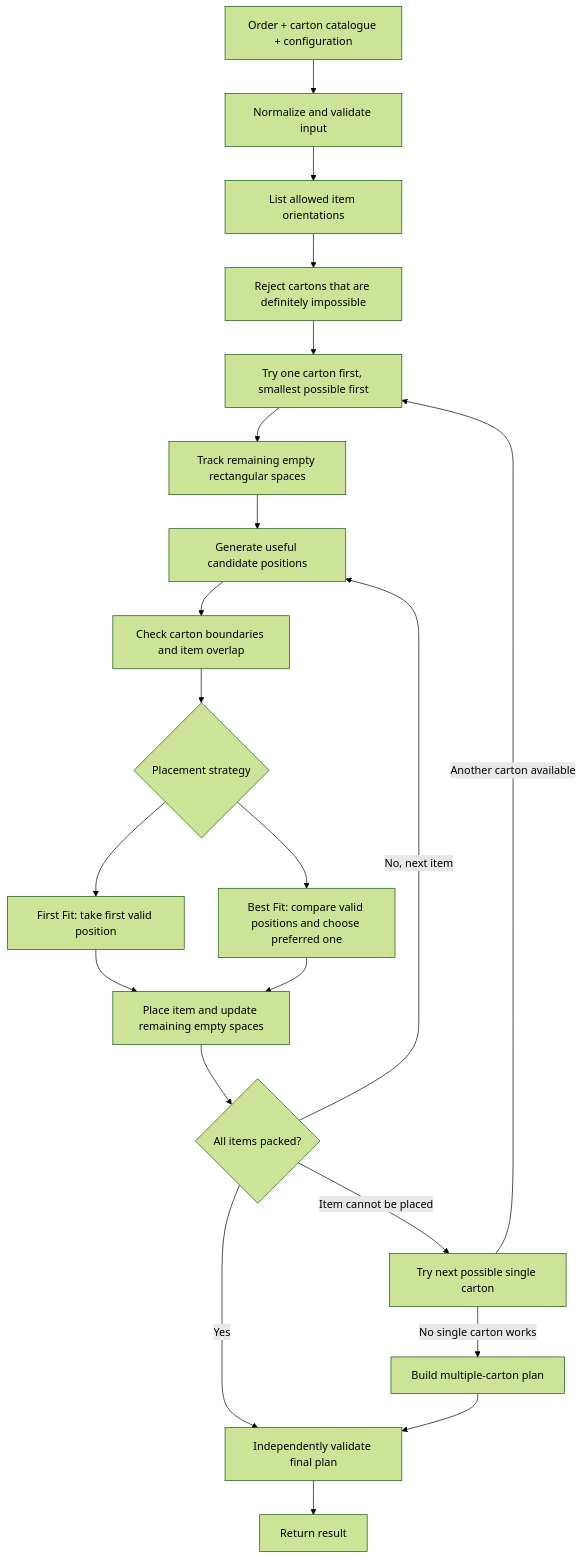
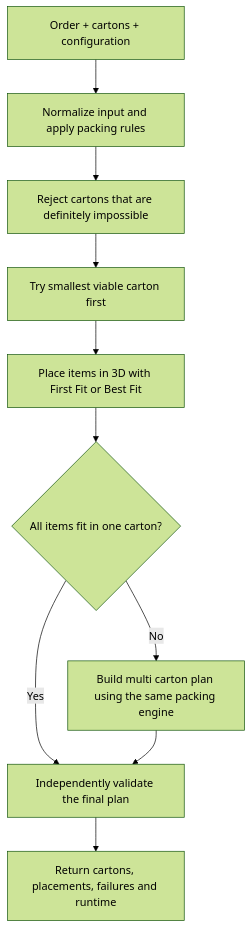
Before and after one commit to Voycepeh/ihubsolutions-capstone-project: the diagram in src/PRODUCT_SPEC.md, drawn with Mermaid (forest theme). The commit also changed other lines of this file, not shown here.

Commit message:
Simplify product specification and MVP architecture

````diff
--- a/src/PRODUCT_SPEC.md
+++ b/src/PRODUCT_SPEC.md
@@ -266,31 +349,17 @@
 ```mermaid
 flowchart TD
-    A[Order + carton catalogue + configuration]
-    B[Normalize and validate input]
-    C[List allowed item orientations]
-    D[Reject cartons that are definitely impossible]
-    E[Try one carton first, smallest possible first]
-    F[Track remaining empty rectangular spaces]
-    G[Generate useful candidate positions]
-    H[Check carton boundaries and item overlap]
-    I{Placement strategy}
-    J[First Fit: take first valid position]
-    K[Best Fit: compare valid positions and choose preferred one]
-    L[Place item and update remaining empty spaces]
-    M{All items packed?}
-    N[Try next possible single carton]
-    O[Build multiple-carton plan]
-    P[Independently validate final plan]
-    Q[Return result]
+    A[Order + cartons + configuration]
+    B[Normalize input and apply packing rules]
+    C[Reject cartons that are definitely impossible]
+    D[Try smallest viable carton first]
+    E[Place items in 3D with First Fit or Best Fit]
+    F{All items fit in one carton?}
+    G[Build multi carton plan using the same packing engine]
+    H[Independently validate the final plan]
+    I[Return cartons, placements, failures and runtime]
 
-    A --> B --> C --> D --> E --> F --> G --> H --> I
-    I --> J --> L
-    I --> K --> L
-    L --> M
-    M -->|No, next item| G
-    M -->|Item cannot be placed| N
-    N -->|Another carton available| E
-    N -->|No single carton works| O
-    M -->|Yes| P
-    O --> P --> Q
+    A --> B --> C --> D --> E --> F
+    F -->|Yes| H
+    F -->|No| G --> H
+    H --> I
 ```
````
